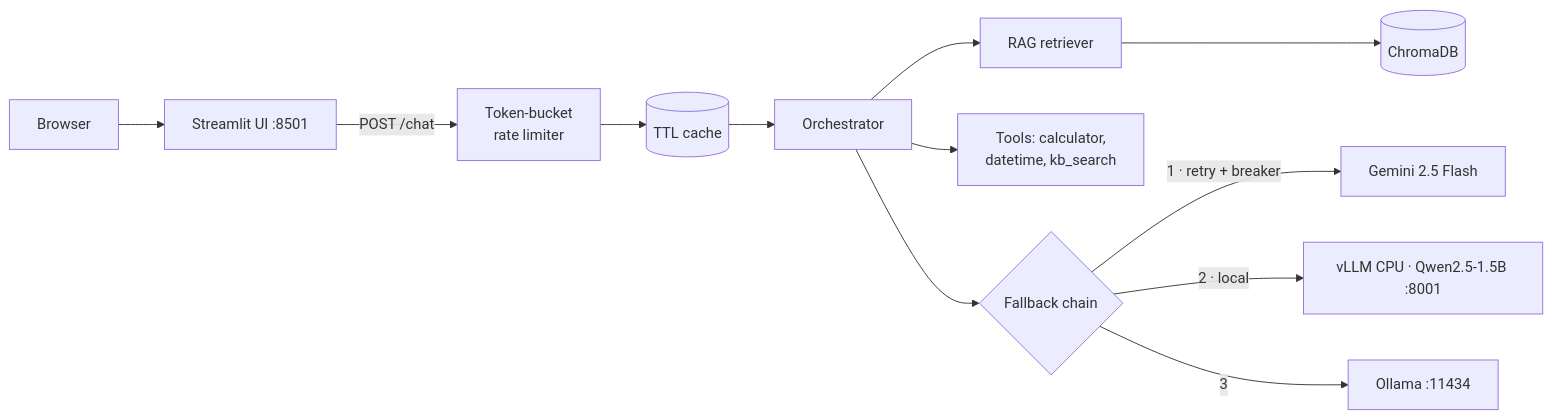
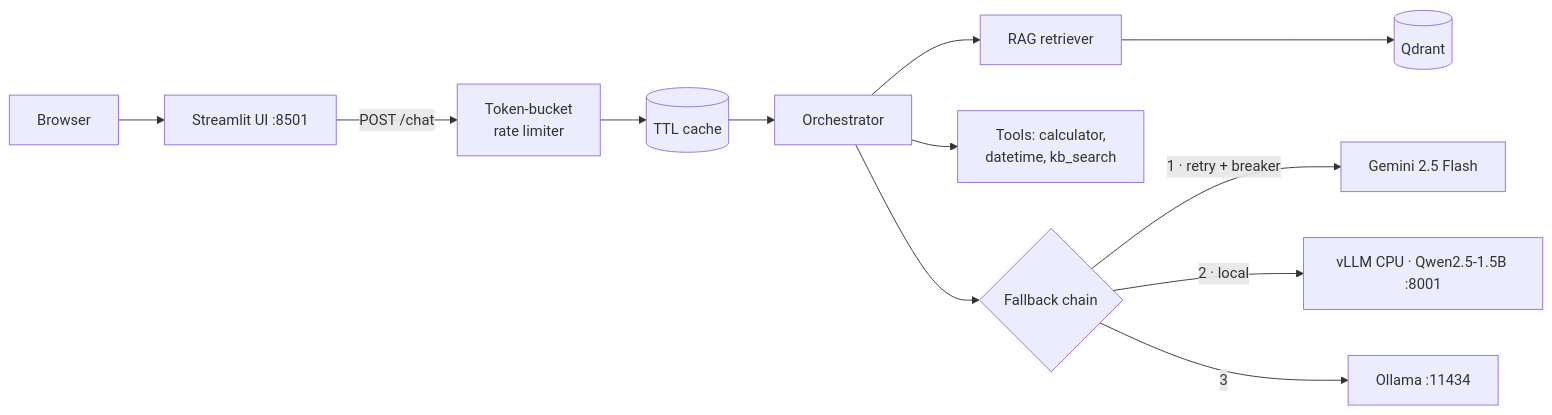
One commit to AaradhyaDT/fuseAiF_wk15_ai_assistant_rag changed the diagram in README.md. Above: the diagram before and after it, drawn with Mermaid. The commit also changed other lines of this file and 15 other files, not shown here.

Commit message:
Swap ChromaDB for Qdrant with explicit sentence-transformers embeddings

````diff
--- a/README.md
+++ b/README.md
@@ -7,14 +7,14 @@
 ```mermaid
 flowchart LR
     U[Browser] --> UI[Streamlit UI :8501]
     UI -->|POST /chat| RL[Token-bucket<br/>rate limiter]
     RL --> CACHE[(TTL cache)]
     CACHE --> ORCH[Orchestrator]
     ORCH --> RET[RAG retriever]
-    RET --> VS[(ChromaDB)]
+    RET --> VS[(Qdrant)]
     ORCH --> TL[Tools: calculator,<br/>datetime, kb_search]
     ORCH --> CH{Fallback chain}
     CH -->|"1 · retry + breaker"| G[Gemini 2.5 Flash]
     CH -->|"2 · local"| V[vLLM CPU · Qwen2.5-1.5B :8001]
     CH -->|3| OL[Ollama :11434]
 ```
````
